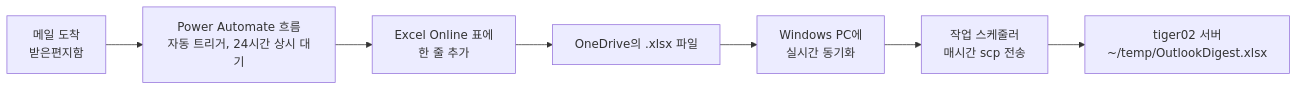
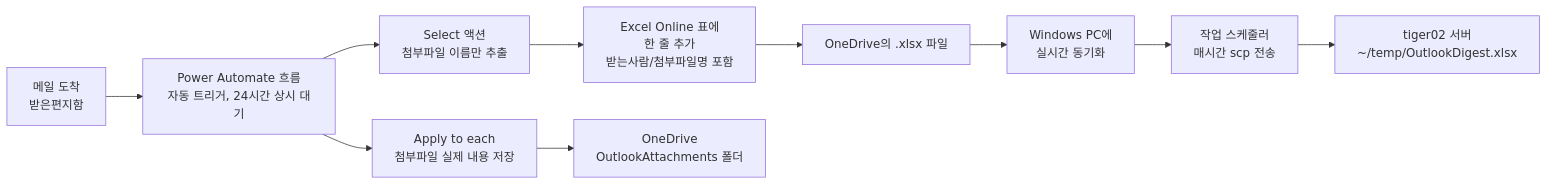
One commit to cheoljoo/outlook-mail-digest changed the diagram in my_outlook_power_automate_setup.md. Above: the diagram before and after it, drawn with Mermaid. The commit also changed other lines of this file, not shown here.

Commit message:
docs: restructure Power Automate setup to include attachments/To from the start, fix Select action JSON error, and reorder attachment file names for readability

````diff
--- a/my_outlook_power_automate_setup.md
+++ b/my_outlook_power_automate_setup.md
@@ -13,9 +14,12 @@
 ```mermaid
 flowchart LR
     A[메일 도착<br/>받은편지함] --> B[Power Automate 흐름<br/>자동 트리거, 24시간 상시 대기]
-    B --> C[Excel Online 표에<br/>한 줄 추가]
+    B --> S[Select 액션<br/>첨부파일 이름만 추출]
+    S --> C[Excel Online 표에<br/>한 줄 추가<br/>받는사람/첨부파일명 포함]
     C --> D[OneDrive의 .xlsx 파일]
+    B --> AT[Apply to each<br/>첨부파일 실제 내용 저장]
+    AT --> OD[OneDrive<br/>OutlookAttachments 폴더]
     D --> E[Windows PC에<br/>실시간 동기화]
     E --> F[작업 스케줄러<br/>매시간 scp 전송]
     F --> G[tiger02 서버<br/>~/temp/OutlookDigest.xlsx]
 ```
````
